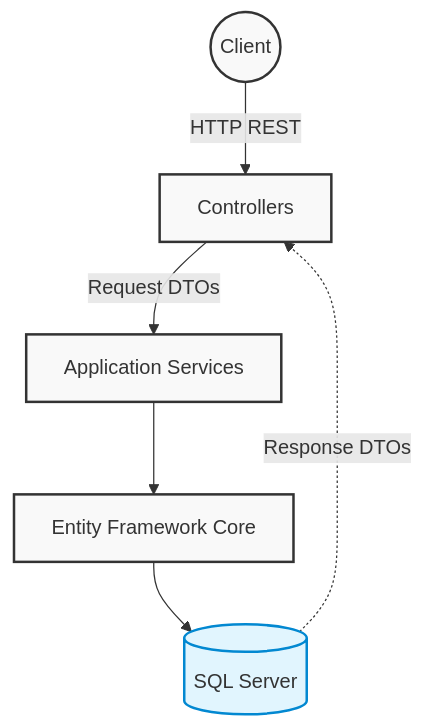
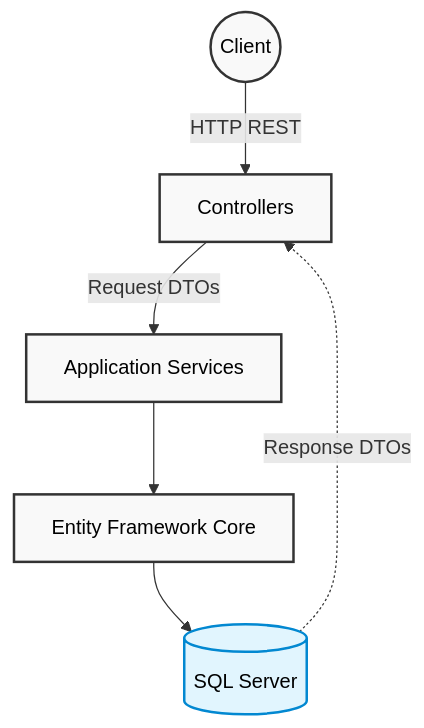
The first of 7 diagrams in README.md (the-sauravkumar/ScaleStore), drawn with Mermaid before and after one commit. The commit also changed other lines of this file, not shown here.

````diff
--- a/README.md
+++ b/README.md
@@ -31,14 +32,14 @@
 ```mermaid
 graph TD
     Client((Client)) -->|HTTP REST| Controllers[Controllers]
     Controllers -->|Request DTOs| Services[Application Services]
     Services --> EF[Entity Framework Core]
     EF --> SQL[(SQL Server)]
     
     SQL -.->|Response DTOs| Controllers
     
-    classDef default fill:#f9f9f9,stroke:#333,stroke-width:2px;
-    classDef database fill:#e1f5fe,stroke:#0288d1,stroke-width:2px;
+    classDef default fill:#f9f9f9,stroke:#333,stroke-width:2px,color:#000;
+    classDef database fill:#e1f5fe,stroke:#0288d1,stroke-width:2px,color:#000;
     class SQL database;
 
 ```
````
